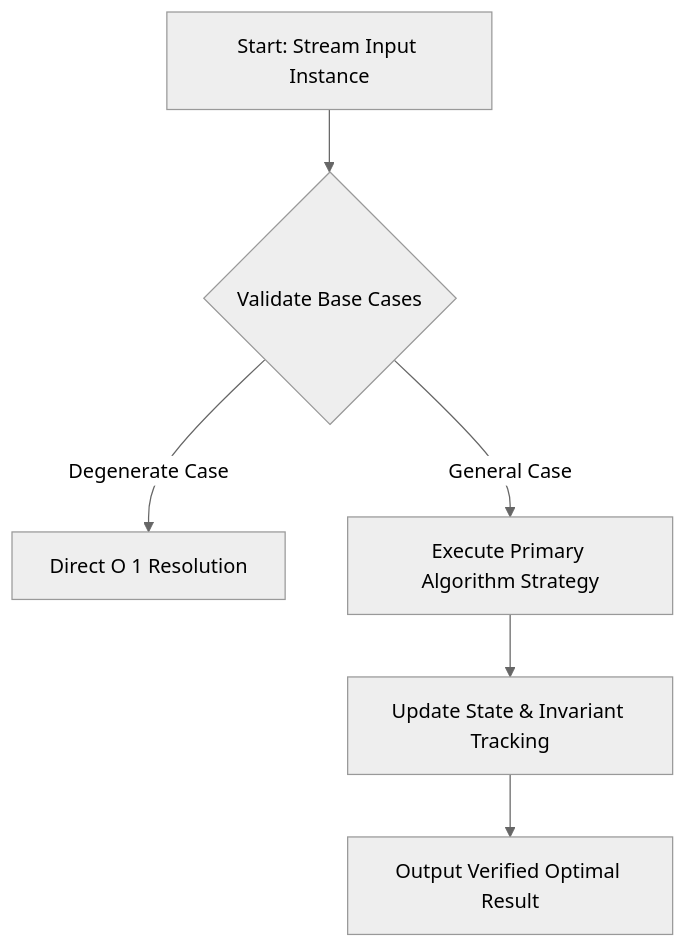
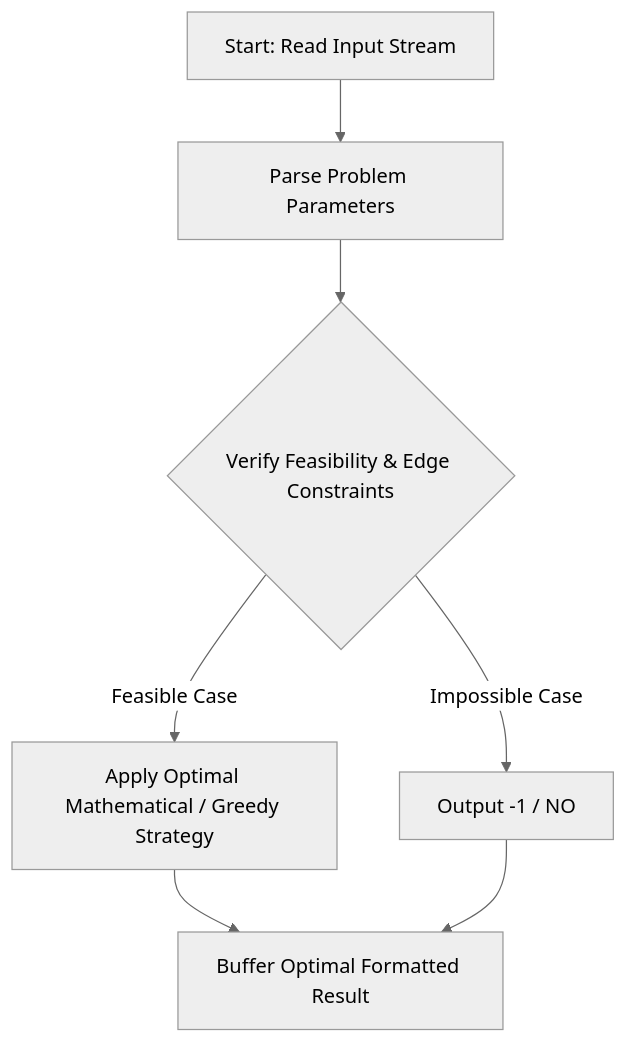
One commit to akshaykumar33/algopulse changed the first of 2 diagrams in practice/days/2026-11-09/explanations/adjacencyHatred.md. Above: the diagram before and after it, drawn with Mermaid (neutral theme). The commit also changed other lines of this file and 235 other files, not shown here.

````diff
--- a/practice/days/2026-11-09/explanations/adjacencyHatred.md
+++ b/practice/days/2026-11-09/explanations/adjacencyHatred.md
@@ -19,8 +16,9 @@
 ```mermaid
 flowchart TD
-    A[Start: Stream Input Instance] --> B{Validate Base Cases}
-    B -- Degenerate Case --> C[Direct O 1 Resolution]
-    B -- General Case --> D[Execute Primary Algorithm Strategy]
-    D --> E[Update State & Invariant Tracking]
-    E --> F[Output Verified Optimal Result]
+    A[Start: Read Input Stream] --> B[Parse Problem Parameters]
+    B --> C{Verify Feasibility & Edge Constraints}
+    C -- Impossible Case --> D[Output -1 / NO]
+    C -- Feasible Case --> E[Apply Optimal Mathematical / Greedy Strategy]
+    E --> F[Buffer Optimal Formatted Result]
+    D --> F
 ```
````
